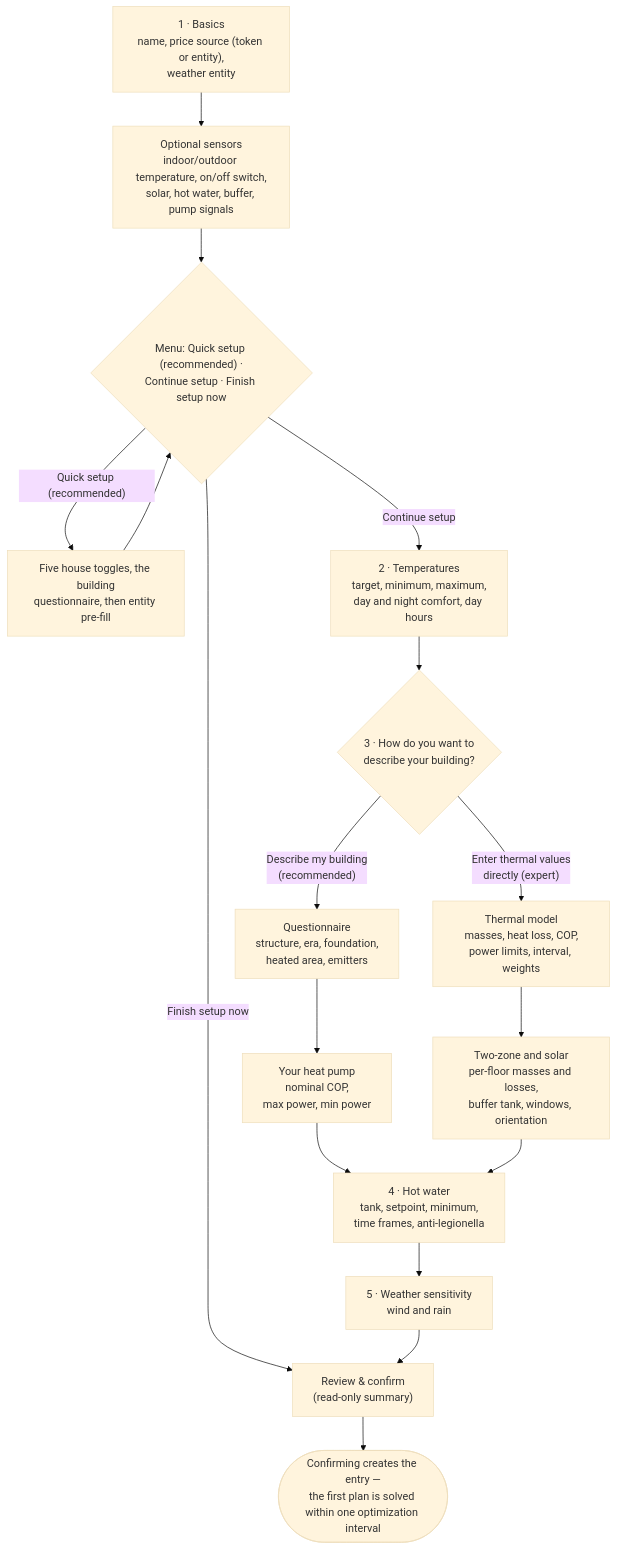
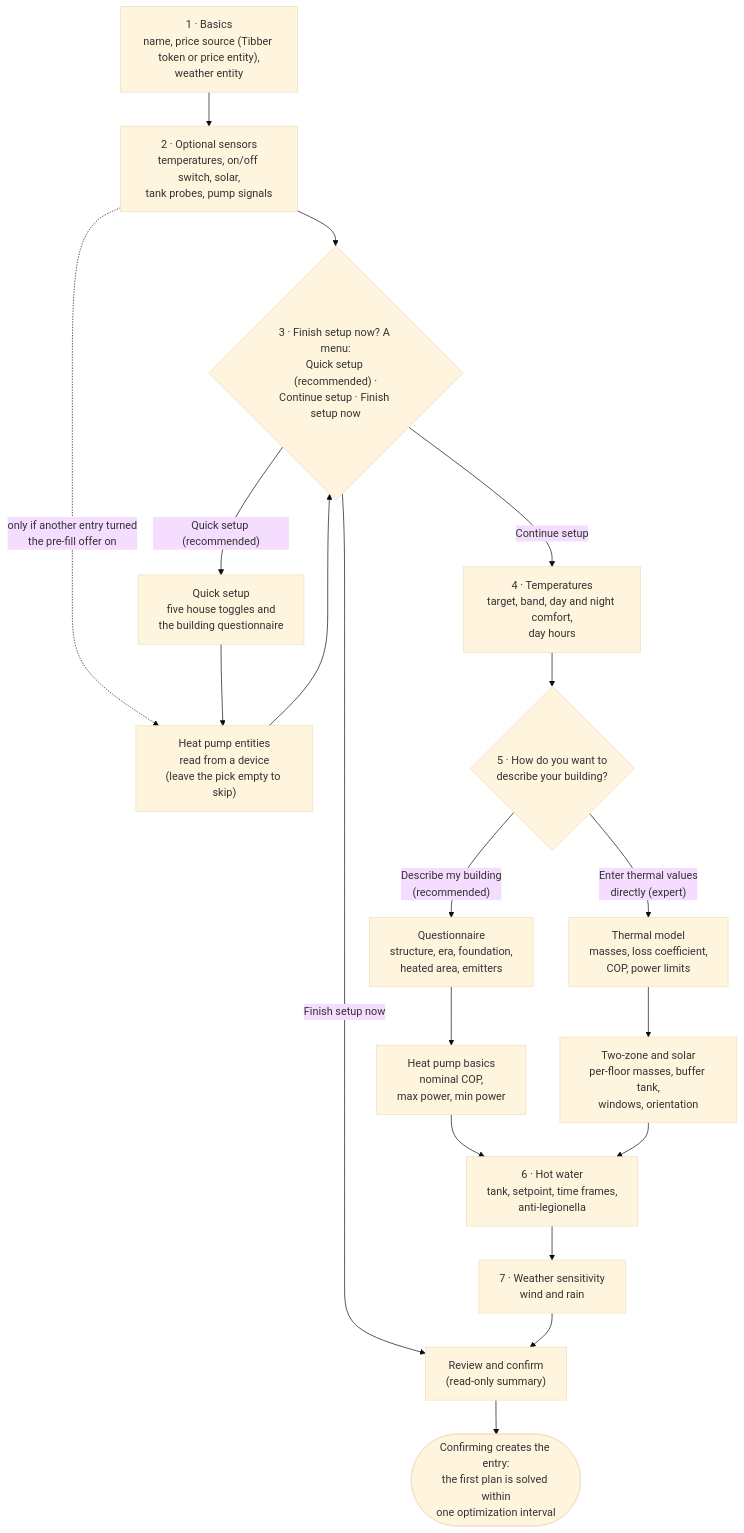
Before and after one commit to tvofi/heatpump_optimizer: the first of 2 diagrams in docs/configuration.md, drawn with Mermaid (base theme). The commit also changed other lines of this file and 7 other files, not shown here.

First line of the commit message:
docs: first page quotes whole sentences, one setup-flow diagram, current card pictures

````diff
--- a/docs/configuration.md
+++ b/docs/configuration.md
@@ -29,19 +29,21 @@
 ```mermaid
 flowchart TD
-    A["1 · Basics<br/>name, price source (token or entity),<br/>weather entity"] --> B["Optional sensors<br/>indoor/outdoor temperature, on/off switch,<br/>solar, hot water, buffer, pump signals"]
-    B --> M{"Menu: Quick setup (recommended) ·<br/>Continue setup · Finish setup now"}
-    M -- "Quick setup (recommended)" --> Q["Five house toggles, the building<br/>questionnaire, then entity pre-fill"]
-    Q --> M
-    M -- "Finish setup now" --> R["Review &amp; confirm<br/>(read-only summary)"]
-    M -- "Continue setup" --> C2["2 · Temperatures<br/>target, minimum, maximum,<br/>day and night comfort, day hours"]
-    C2 --> C{"3 · How do you want to<br/>describe your building?"}
-    C -- "Describe my building<br/>(recommended)" --> D["Questionnaire<br/>structure, era, foundation,<br/>heated area, emitters"]
-    D --> E["Your heat pump<br/>nominal COP,<br/>max power, min power"]
-    C -- "Enter thermal values<br/>directly (expert)" --> F["Thermal model<br/>masses, heat loss, COP,<br/>power limits, interval, weights"]
-    F --> G["Two-zone and solar<br/>per-floor masses and losses,<br/>buffer tank, windows, orientation"]
-    E --> H["4 · Hot water<br/>tank, setpoint, minimum,<br/>time frames, anti-legionella"]
-    G --> H
-    H --> I["5 · Weather sensitivity<br/>wind and rain"]
-    I --> R
-    R --> J(["Confirming creates the entry —<br/>the first plan is solved within one optimization interval"])
+    A["1 · Basics<br/>name, price source (Tibber token or price entity),<br/>weather entity"] --> B["2 · Optional sensors<br/>temperatures, on/off switch, solar,<br/>tank probes, pump signals"]
+    B --> M{"3 · Finish setup now? A menu:<br/>Quick setup (recommended) ·<br/>Continue setup · Finish setup now"}
+    B -. "only if another entry turned<br/>the pre-fill offer on" .-> P
+    M -- "Quick setup (recommended)" --> Q["Quick setup<br/>five house toggles and<br/>the building questionnaire"]
+    Q --> P["Heat pump entities<br/>read from a device<br/>(leave the pick empty to skip)"]
+    P --> M
+    M -- "Finish setup now" --> R["Review and confirm<br/>(read-only summary)"]
+    M -- "Continue setup" --> T["4 · Temperatures<br/>target, band, day and night comfort,<br/>day hours"]
+    T --> C{"5 · How do you want to<br/>describe your building?"}
+    C -- "Describe my building<br/>(recommended)" --> E["Questionnaire<br/>structure, era, foundation,<br/>heated area, emitters"]
+    E --> F["Heat pump basics<br/>nominal COP,<br/>max power, min power"]
+    C -- "Enter thermal values<br/>directly (expert)" --> G["Thermal model<br/>masses, loss coefficient,<br/>COP, power limits"]
+    G --> H["Two-zone and solar<br/>per-floor masses, buffer tank,<br/>windows, orientation"]
+    F --> I["6 · Hot water<br/>tank, setpoint, time frames,<br/>anti-legionella"]
+    H --> I
+    I --> K["7 · Weather sensitivity<br/>wind and rain"]
+    K --> R
+    R --> J(["Confirming creates the entry:<br/>the first plan is solved within<br/>one optimization interval"])
 ```
````
